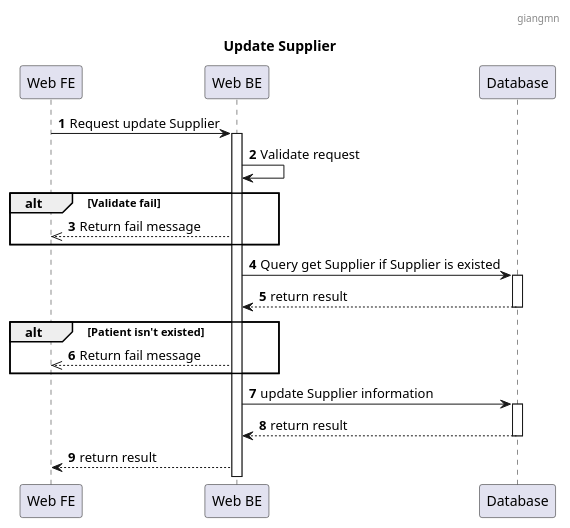
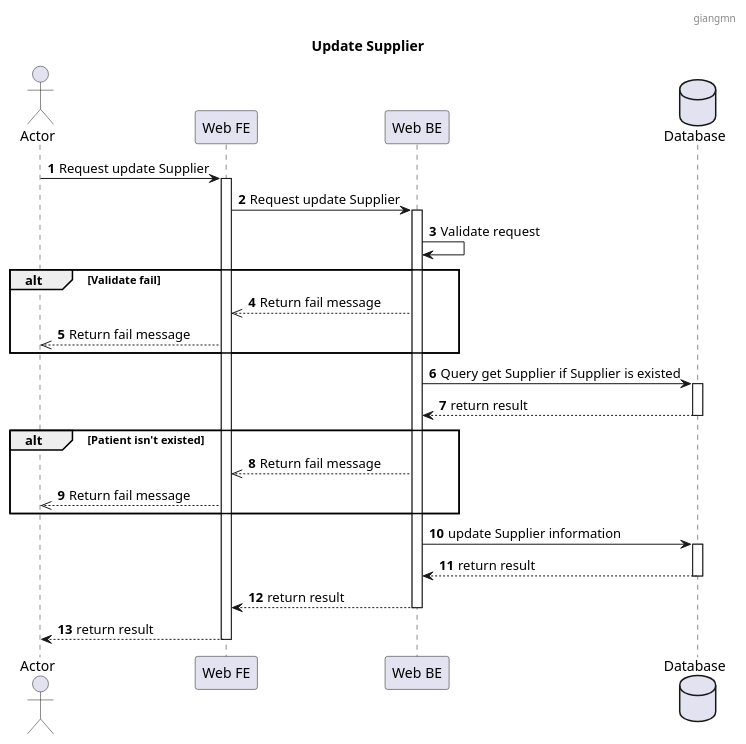
The diagram in Supplier/Update Supplier.puml (jang1902/SEP490_Sequence), drawn with PlantUML before and after one commit. The commit also changed 12 other files, not shown here.

```diff
--- a/Supplier/Update Supplier.puml
+++ b/Supplier/Update Supplier.puml
@@ -1,29 +1,38 @@
 @startuml
 header : giangmn
 title: Update Supplier
 autonumber
 
+actor "Actor" as a
 participant "Web FE" as fe
 participant "Web BE" as be
-participant "Database" as db
+database "Database" as db
 
+a-> fe: Request update Supplier
+fe ++
 fe -> be: Request update Supplier
 be++
 be -> be: Validate request
 alt Validate fail
 be -->> fe: Return fail message
+fe -->> a: Return fail message
+
 end
 
 be -> db: Query get Supplier if Supplier is existed
 db++
 db --> be: return result
 db--
 alt Patient isn't existed
 be -->> fe: Return fail message
+fe -->> a: Return fail message
 end
 be->db: update Supplier information
 db++
 db--> be: return result
 db--
 be --> fe: return result
+be--
+fe--> a: return result
+fe--
 @enduml
```
